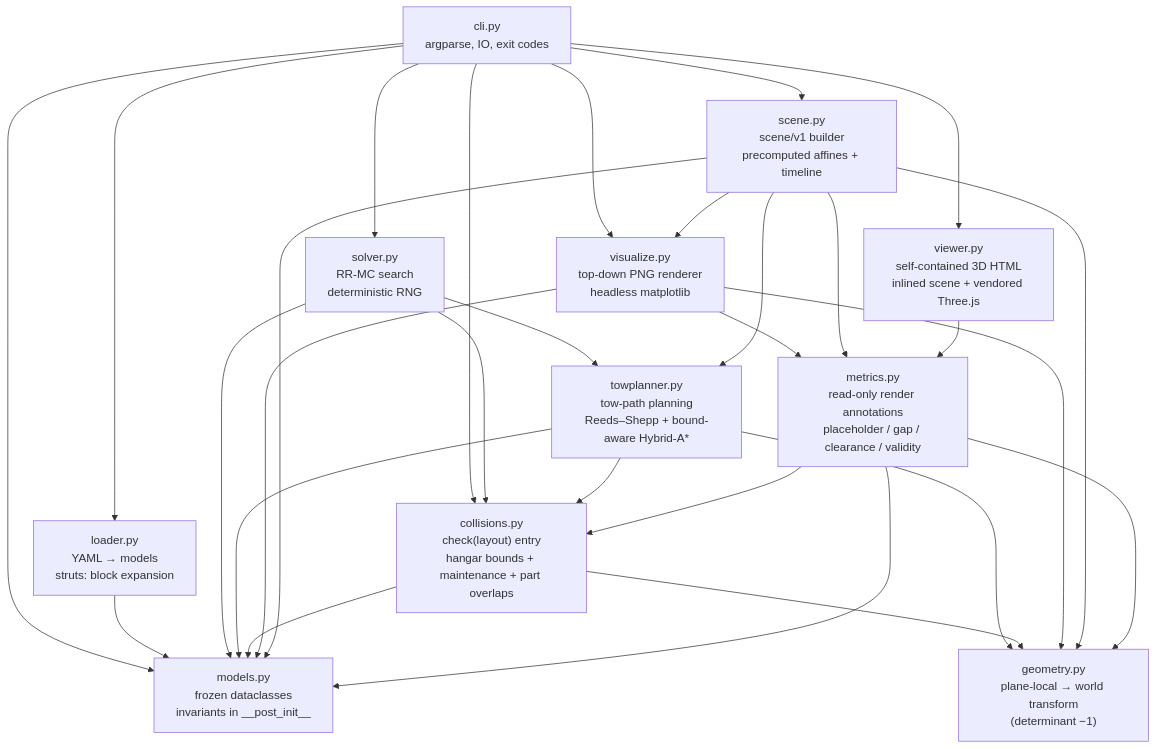
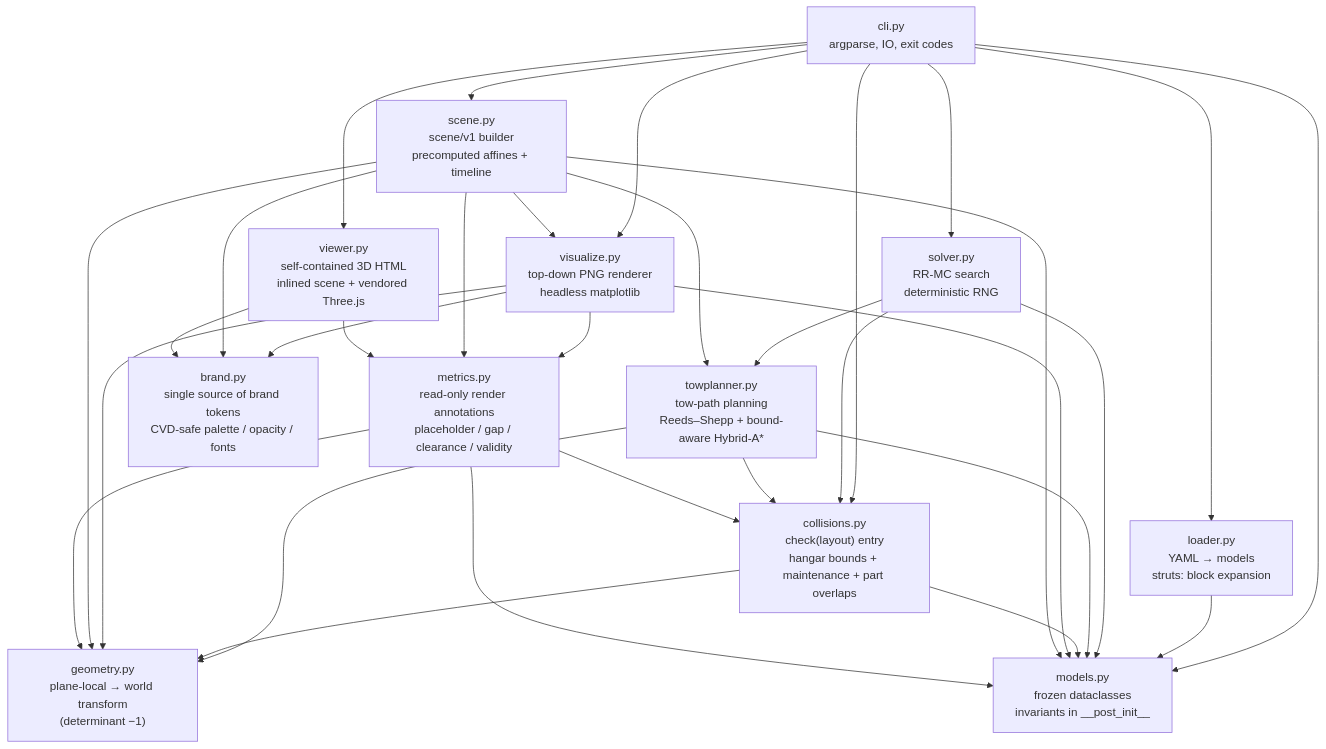
Before and after one commit to DocGerd/hangarfit: the first of 2 diagrams in docs/architecture/05-building-block-view.md, drawn with Mermaid. The commit also changed other lines of this file and 3 other files, not shown here.

````diff
--- a/docs/architecture/05-building-block-view.md
+++ b/docs/architecture/05-building-block-view.md
@@ -9,51 +9,56 @@
 ```mermaid
 flowchart TD
     cli["cli.py<br/>argparse, IO, exit codes"]
     loader["loader.py<br/>YAML → models<br/>struts: block expansion"]
     models["models.py<br/>frozen dataclasses<br/>invariants in __post_init__"]
     geometry["geometry.py<br/>plane-local → world transform<br/>(determinant −1)"]
     collisions["collisions.py<br/>check(layout) entry<br/>hangar bounds + maintenance + part overlaps"]
     solver["solver.py<br/>RR-MC search<br/>deterministic RNG"]
     towplanner["towplanner.py<br/>tow-path planning<br/>Reeds–Shepp + bound-aware Hybrid-A*"]
     visualize["visualize.py<br/>top-down PNG renderer<br/>headless matplotlib"]
     scene["scene.py<br/>scene/v1 builder<br/>precomputed affines + timeline"]
     viewer["viewer.py<br/>self-contained 3D HTML<br/>inlined scene + vendored Three.js"]
     metrics["metrics.py<br/>read-only render annotations<br/>placeholder / gap / clearance / validity"]
+    brand["brand.py<br/>single source of brand tokens<br/>CVD-safe palette / opacity / fonts"]
 
     cli --> loader
     cli --> collisions
     cli --> solver
     cli --> visualize
     cli --> scene
     cli --> viewer
     cli --> models
 
     loader --> models
 
     solver --> collisions
     solver --> models
     solver --> towplanner
 
     towplanner --> collisions
     towplanner --> geometry
     towplanner --> models
 
     collisions --> geometry
     collisions --> models
 
     visualize --> geometry
     visualize --> models
 
     scene --> geometry
     scene --> towplanner
     scene --> visualize
     scene --> models
 
     metrics --> collisions
     metrics --> geometry
     metrics --> models
 
     visualize --> metrics
     scene --> metrics
     viewer --> metrics
+
+    visualize --> brand
+    scene --> brand
+    viewer --> brand
 ```
````
